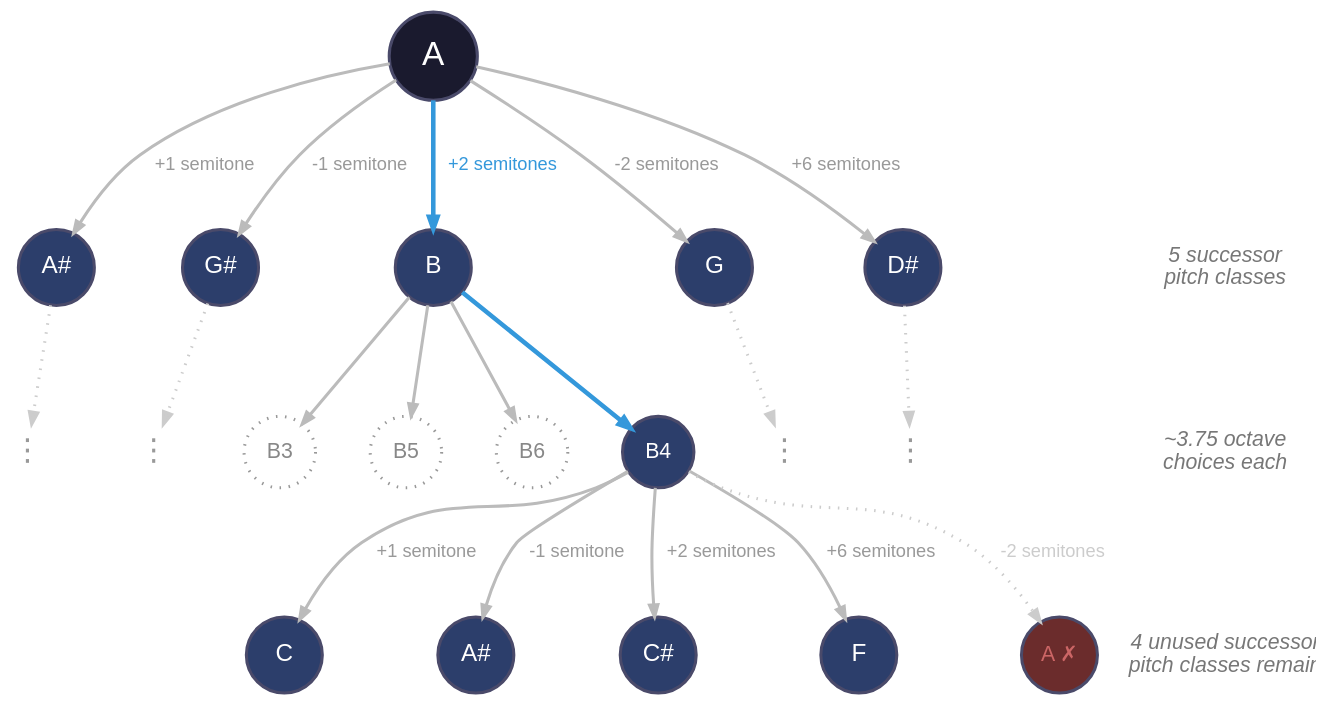
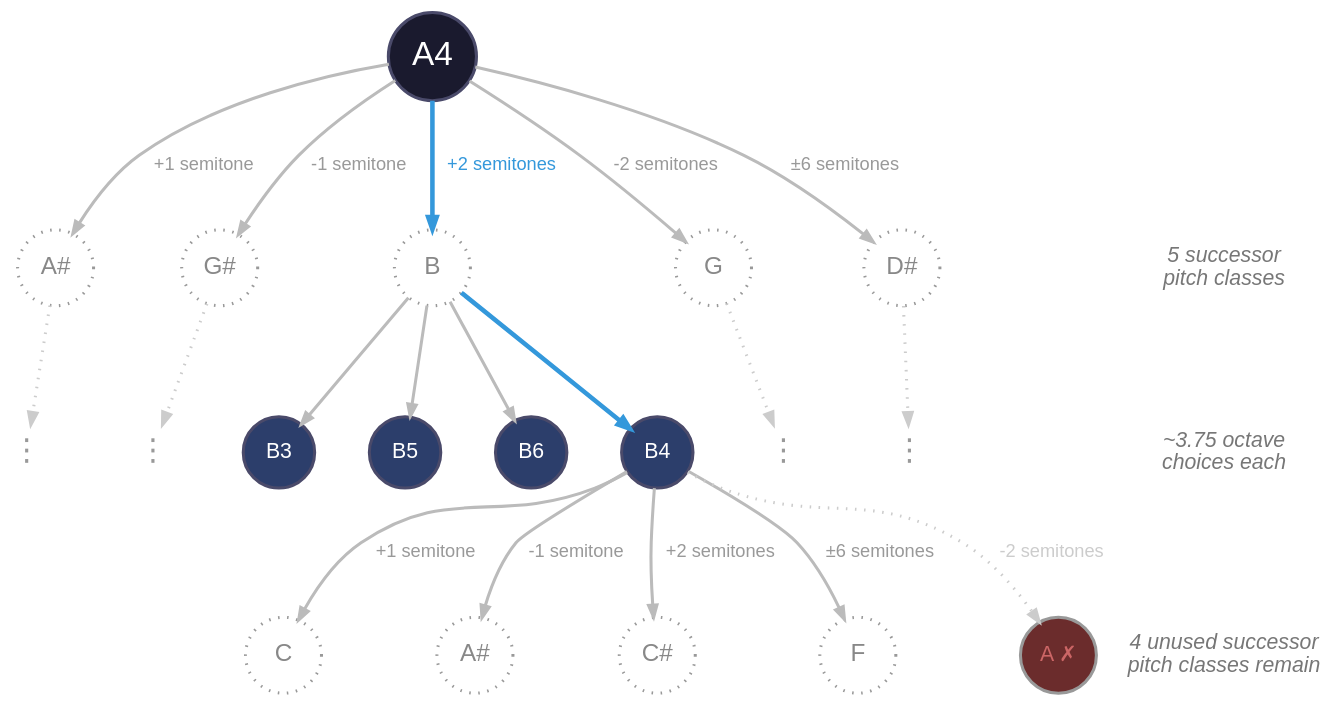
The diagram in angry_man_branching.dot (vasilescur/jazz-engine), drawn with Graphviz before and after one commit. The commit also changed 8 other files, not shown here.

First line of the commit message:
Update diagrams and analysis section

```diff
--- a/angry_man_branching.dot
+++ b/angry_man_branching.dot
@@ -1,144 +1,146 @@
 digraph branching {
     // Layout
     rankdir=TB
     bgcolor="transparent"
-    pad=0.4
+    pad=0.8
     nodesep=0.5
     ranksep=1.0
 
     // Global styles
     node [
         fontname="Helvetica"
         fontsize=16
         style=filled
         color="#4a4a6a"
         penwidth=2
     ]
     edge [
         fontname="Helvetica"
         fontsize=12
         color="#bbbbbb"
         penwidth=2
         arrowsize=0.8
     ]
 
     // --- Level 0: starting note ---
     start [
-        label="A"
+        label="A4"
         shape=circle
         fillcolor="#1a1a2e"
         fontcolor="white"
         fontsize=22
         width=0.8
         fixedsize=true
     ]
 
-    // --- Level 1: 5 successor pitch classes ---
+    // --- Level 1: 5 successor pitch classes (ghost — no octave yet) ---
     node [
         shape=circle
-        fillcolor="#2c3e6b"
-        fontcolor="white"
+        fillcolor=none
+        fontcolor="#888888"
         fontsize=16
         width=0.7
         fixedsize=true
+        style=dotted
+        color="#999999"
+        penwidth=2
     ]
 
     s_as  [label="A#"]
     s_gs  [label="G#"]
     s_b   [label="B"]
     s_g   [label="G"]
     s_ds  [label="D#"]
 
     // All gray except A → B which is selected (blue, thick)
     start -> s_as  [label=" +1 semitone ", fontcolor="#999999"]
     start -> s_gs  [label=" -1 semitone ", fontcolor="#999999"]
     start -> s_b   [label=" +2 semitones ", fontcolor="#3498db", color="#3498db", penwidth=3]
     start -> s_g   [label=" -2 semitones ", fontcolor="#999999"]
-    start -> s_ds  [label=" +6 semitones ", fontcolor="#999999"]
+    start -> s_ds  [label=" ±6 semitones ", fontcolor="#999999"]
 
     // Label for this level
     lbl1 [label="5 successor\npitch classes", shape=plaintext, fillcolor="transparent", fontcolor="#777777", fontsize=14, fontname="Helvetica-Oblique"]
 
-    // --- Level 2: octave choices for B ---
-    // Ghost notes: dotted circles, no fill
+    // --- Level 2: octave choices for B (concrete notes with octaves) ---
     node [
         shape=circle
-        fillcolor="transparent"
-        fontcolor="#888888"
+        fillcolor="#2c3e6b"
+        fontcolor="white"
         fontsize=14
         width=0.65
         fixedsize=true
-        style=dotted
-        color="#999999"
+        style=filled
+        color="#4a4a6a"
         penwidth=2
     ]
 
     b3 [label="B3"]
     b5 [label="B5"]
     b6 [label="B6"]
 
-    // B4 is the selected one: solid filled
-    b4 [label="B4", style=filled, fillcolor="#2c3e6b", fontcolor="white", color="#4a4a6a", penwidth=2]
+    // B4 is the selected one
+    b4 [label="B4"]
 
     s_b -> b3 [color="#bbbbbb"]
     s_b -> b4 [penwidth=3, color="#3498db"]
     s_b -> b5 [color="#bbbbbb"]
     s_b -> b6 [color="#bbbbbb"]
 
     // Ellipsis nodes for other branches
     node [shape=plaintext, fillcolor="transparent", fontcolor="#999999", fontsize=20, style=""]
     dots_as [label="⋮"]
     dots_gs [label="⋮"]
     dots_g  [label="⋮"]
     dots_ds [label="⋮"]
 
     s_as -> dots_as [style=dotted, color="#cccccc"]
     s_gs -> dots_gs [style=dotted, color="#cccccc"]
     s_g  -> dots_g  [style=dotted, color="#cccccc"]
     s_ds -> dots_ds [style=dotted, color="#cccccc"]
 
     // Label for this level
     lbl2 [label="~3.75 octave\nchoices each", shape=plaintext, fillcolor="transparent", fontcolor="#777777", fontsize=14, fontname="Helvetica-Oblique"]
 
-    // --- Level 3: from chosen B4, next successors (minus A, already used) ---
+    // --- Level 3: from chosen B4, next successors (ghost — no octave yet) ---
     node [
         shape=circle
-        fillcolor="#2c3e6b"
-        fontcolor="white"
+        fillcolor=none
+        fontcolor="#888888"
         fontsize=16
         width=0.7
         fixedsize=true
-        style=filled
-        color="#4a4a6a"
+        style=dotted
+        color="#999999"
         penwidth=2
     ]
 
     // B's successors: C(+1), A#(-1), C#(+2), A(-2, USED), F(+6)
     n_c   [label="C"]
     n_as2 [label="A#"]
     n_cs  [label="C#"]
     n_f   [label="F"]
 
     // A is already used — show it crossed out
-    n_a_used [label="A ✗", fillcolor="#6b2c2c", fontcolor="#cc6666", fontsize=14]
+    n_a_used [label="A ✗", fillcolor="#6b2c2c", fontcolor="#cc6666", style=filled, fontsize=14]
 
     b4 -> n_c    [label=" +1 semitone ", fontcolor="#999999"]
     b4 -> n_as2  [label=" -1 semitone ", fontcolor="#999999"]
     b4 -> n_cs   [label=" +2 semitones ", fontcolor="#999999"]
     b4 -> n_a_used [label=" -2 semitones ", fontcolor="#cccccc", color="#cccccc", style=dotted]
-    b4 -> n_f    [label=" +6 semitones ", fontcolor="#999999"]
+    b4 -> n_f    [label=" ±6 semitones ", fontcolor="#999999"]
 
     // Label for this level
     lbl3 [label="4 unused successor\npitch classes remain", shape=plaintext, fillcolor="transparent", fontcolor="#777777", fontsize=14, fontname="Helvetica-Oblique"]
 
     // --- Alignment ---
     { rank=same; start; }
     { rank=same; s_as; s_gs; s_b; s_g; s_ds; lbl1; }
     { rank=same; b3; b4; b5; b6; dots_as; dots_gs; dots_g; dots_ds; lbl2; }
     { rank=same; n_c; n_as2; n_cs; n_a_used; n_f; lbl3; }
 
     // Invisible edges for label positioning
     edge [style=invis]
     lbl1 -> lbl2
     lbl2 -> lbl3
 }
```
